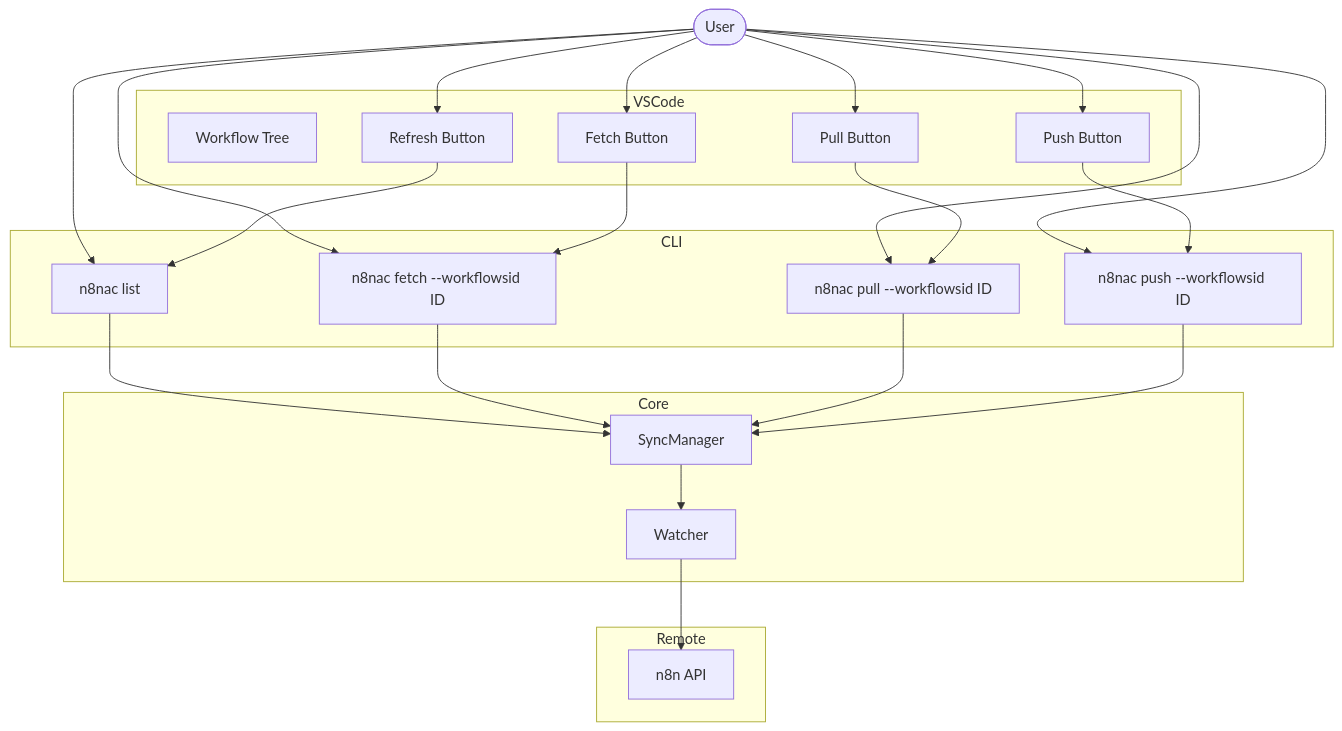
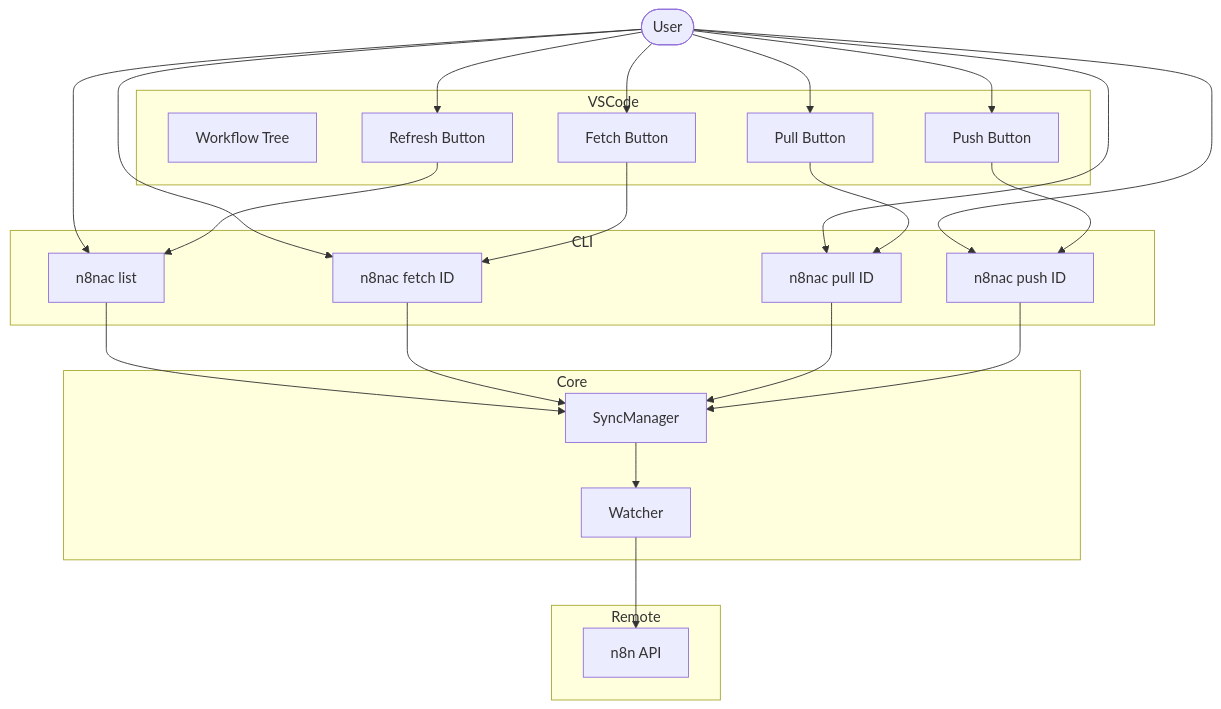
Before and after one commit to EtienneLescot/n8n-as-code: the diagram in plans/git-like-sync-refacto.md, drawn with Mermaid. The commit also changed other lines of this file and 6 other files, not shown here.

Commit message:
refactor: replace --workflowsid option with positional <workflowId> argument in CLI commands and documentation

````diff
--- a/plans/git-like-sync-refacto.md
+++ b/plans/git-like-sync-refacto.md
@@ -50,47 +50,47 @@
 ```mermaid
 graph TD
     User([User])
     subgraph CLI
         List[n8nac list]
-        Fetch[n8nac fetch --workflowsid ID]
-        Pull[n8nac pull --workflowsid ID]
-        Push[n8nac push --workflowsid ID]
+        Fetch[n8nac fetch <workflowId> ID]
+        Pull[n8nac pull <workflowId> ID]
+        Push[n8nac push <workflowId> ID]
     end
     subgraph VSCode
         Tree[Workflow Tree]
         RefreshBtn[Refresh Button]
         FetchBtn[Fetch Button]
         PullBtn[Pull Button]
         PushBtn[Push Button]
     end
     subgraph Core
         SyncMgr[SyncManager]
         Watcher[Watcher]
     end
     subgraph Remote
         N8nAPI[n8n API]
     end
 
     User --> List
     User --> Fetch
     User --> Pull
     User --> Push
 
     User --> RefreshBtn
     User --> FetchBtn
     User --> PullBtn
     User --> PushBtn
 
     RefreshBtn --> List
     FetchBtn --> Fetch
     PullBtn --> Pull
     PushBtn --> Push
 
     List --> SyncMgr
     Fetch --> SyncMgr
     Pull --> SyncMgr
     Push --> SyncMgr
 
     SyncMgr --> Watcher
     Watcher --> N8nAPI
 ```
````
